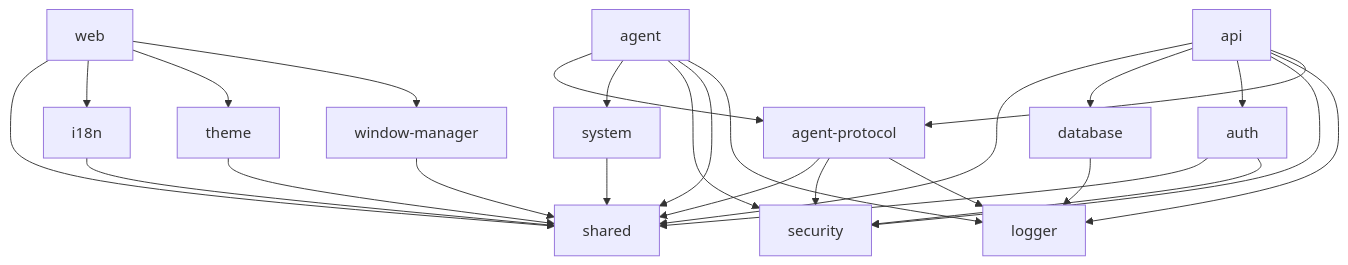
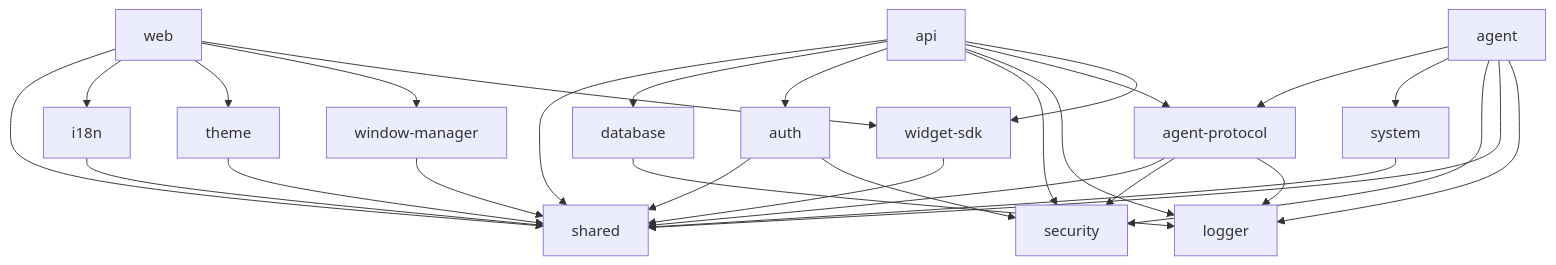
The second of 2 diagrams in docs/architecture.md (goktugcy/everyos), drawn with Mermaid before and after one commit. The commit also changed other lines of this file and 107 other files, not shown here.

First line of the commit message:
feat(widget-sdk): add built-in widget manifests and types for system and app widgets

````diff
--- a/docs/architecture.md
+++ b/docs/architecture.md
@@ -56,13 +57,14 @@
 ```mermaid
 flowchart TD
-  web --> shared & i18n & theme & window-manager
+  web --> shared & i18n & theme & window-manager & widget-sdk
+  widget-sdk --> shared
   theme --> shared
   window-manager --> shared
-  api --> shared & database & auth & security & logger & agent-protocol
+  api --> shared & database & auth & security & logger & agent-protocol & widget-sdk
   agent --> agent-protocol & system & security & shared & logger
   agent-protocol --> shared & security & logger
   auth --> shared & security
   database --> logger
   system --> shared
   i18n --> shared
 ```
````
